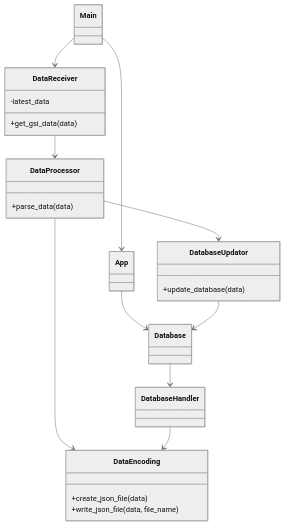
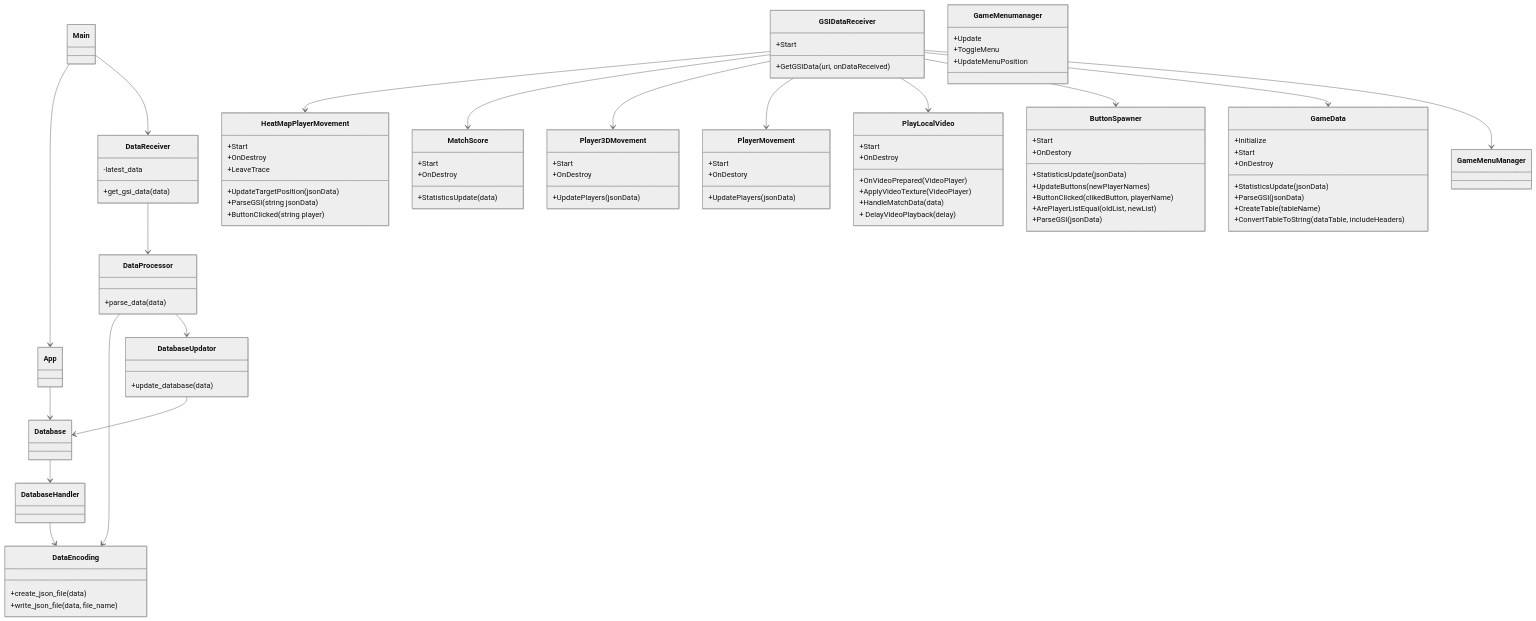
One commit to NikiPOU/elisaohtuprojekti changed the diagram in docs/class_diagram.md. Above: the diagram before and after it, drawn with Mermaid (neutral theme).

````diff
--- a/docs/class_diagram.md
+++ b/docs/class_diagram.md
@@ -22,6 +22,65 @@
     DataEncoding : +create_json_file(data)
     DataEncoding : +write_json_file(data, file_name)
 
+    class GSIDataReceiver
+    GSIDataReceiver : +Start
+    GSIDataReceiver : +GetGSIData(uri, onDataReceived)
+
+    class HeatMapPlayerMovement
+    HeatMapPlayerMovement : +Start
+    HeatMapPlayerMovement : +OnDestroy
+    HeatMapPlayerMovement : +LeaveTrace
+    HeatMapPlayerMovement : +UpdateTargetPosition(jsonData)
+    HeatMapPlayerMovement : +ParseGSI(string jsonData)
+    HeatMapPlayerMovement : +ButtonClicked(string player)
+
+    class MatchScore
+    MatchScore : +Start
+    MatchScore : +StatisticsUpdate(data)
+    MatchScore : +OnDestroy
+
+    class Player3DMovement
+    Player3DMovement : +Start
+    Player3DMovement : +OnDestroy
+    Player3DMovement : +UpdatePlayers(jsonData)
+
+    class PlayerMovement
+    PlayerMovement : +Start
+    PlayerMovement : +OnDestory
+    PlayerMovement : +UpdatePlayers(jsonData)
+
+    class PlayLocalVideo
+    PlayLocalVideo : +Start
+    PlayLocalVideo : +OnDestroy
+    PlayLocalVideo : +OnVideoPrepared(VideoPlayer)
+    PlayLocalVideo : +ApplyVideoTexture(VideoPlayer)
+    PlayLocalVideo : +HandleMatchData(data)
+    PlayLocalVideo : + DelayVideoPlayback(delay)
+
+    class ButtonSpawner
+    ButtonSpawner : +Start
+    ButtonSpawner : +OnDestory
+    ButtonSpawner : +StatisticsUpdate(jsonData)
+    ButtonSpawner : +UpdateButtons(newPlayerNames)
+    ButtonSpawner : +ButtonClicked(clikedButton, playerName)
+    ButtonSpawner : +ArePlayerListEqual(oldList, newList)
+    ButtonSpawner : +ParseGSI(jsonData)
+
+    class GameData
+    GameData : +Initialize
+    GameData : +Start
+    GameData : +OnDestroy
+    GameData : +StatisticsUpdate(jsonData)
+    GameData : +ParseGSI(jsonData)
+    GameData : +CreateTable(tableName)
+    GameData : +ConvertTableToString(dataTable, includeHeaders)
+    
+    class GameMenuManager
+    GameMenumanager : +Update
+    GameMenumanager : +ToggleMenu
+    GameMenumanager : +UpdateMenuPosition
+
+
     Main --> App
     Main --> DataReceiver
     App --> Database
@@ -31,4 +90,13 @@
     DataProcessor --> DatabaseUpdator
     Database --> DatabaseHandler
     DatabaseHandler --> DataEncoding
+    GSIDataReceiver --> HeatMapPlayerMovement
+    GSIDataReceiver --> MatchScore
+    GSIDataReceiver --> Player3DMovement
+    GSIDataReceiver --> PlayerMovement
+    GSIDataReceiver --> PlayLocalVideo
+    GSIDataReceiver --> ButtonSpawner
+    GSIDataReceiver --> GameData
+    GSIDataReceiver --> GameMenuManager
+    
 ```
````
